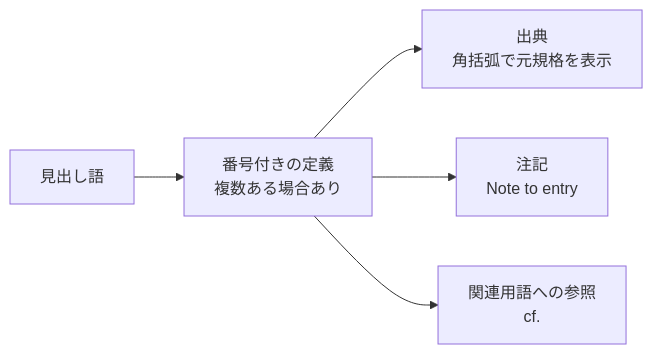
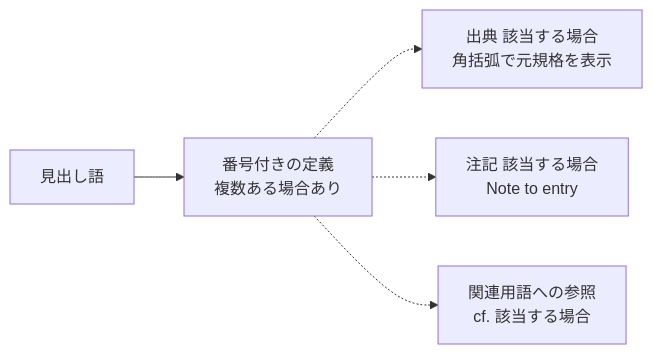
One commit to myoshi2891/Quality-Assurance-Studies changed the fifth of 13 diagrams in Iso-iec-ieee-24765-2017-guide.md. Above: the diagram before and after it, drawn with Mermaid. The commit also changed other lines of this file, not shown here.

````diff
--- a/Iso-iec-ieee-24765-2017-guide.md
+++ b/Iso-iec-ieee-24765-2017-guide.md
@@ -189,7 +189,7 @@
 ```mermaid
 flowchart LR
     T["見出し語"] --> D["番号付きの定義<br/>複数ある場合あり"]
-    D --> SRC["出典<br/>角括弧で元規格を表示"]
-    D --> N["注記<br/>Note to entry"]
-    D --> CF["関連用語への参照<br/>cf."]
+    D -.-> SRC["出典 該当する場合<br/>角括弧で元規格を表示"]
+    D -.-> N["注記 該当する場合<br/>Note to entry"]
+    D -.-> CF["関連用語への参照<br/>cf. 該当する場合"]
 ```
````
